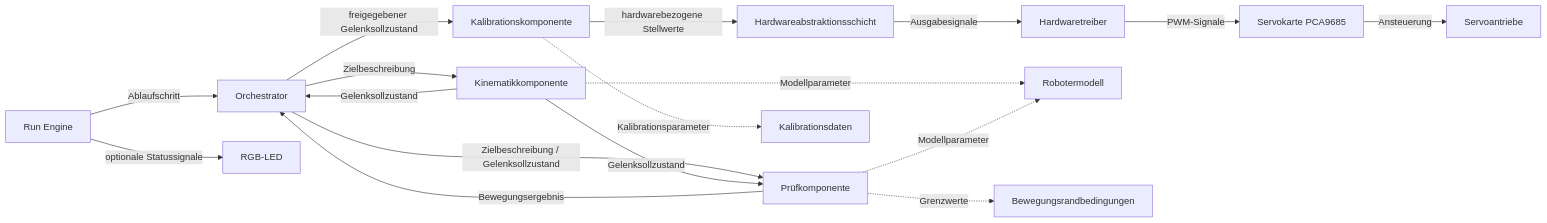
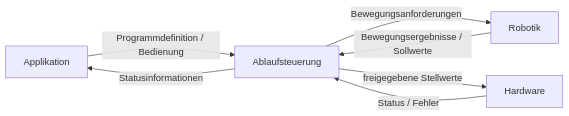
The first of 5 diagrams in doc/projektbeschreibung.md (butz1999/inverse_kinematik), drawn with Mermaid before and after one commit. The commit also changed other lines of this file, not shown here.

Commit message:
Blockschaltbild und Komponentendiagramm

````diff
--- a/doc/projektbeschreibung.md
+++ b/doc/projektbeschreibung.md
@@ -332,34 +332,14 @@
 ```mermaid
 flowchart LR
-    A[Run Engine]
-    B[Orchestrator]
-    C[Kinematikkomponente]
-    D[Prüfkomponente]
-    E[Kalibrationskomponente]
-    F[Hardwareabstraktionsschicht]
-    G[Hardwaretreiber]
-    H[Servokarte PCA9685]
-    I[Servoantriebe]
-    J[Robotermodell]
-    K[Kalibrationsdaten]
-    L[Bewegungsrandbedingungen]
-    M[RGB-LED]
+    A[Applikation]
+    B[Ablaufsteuerung]
+    C[Robotik]
+    D[Hardware]
 
-    A -->|Ablaufschritt| B
-    B -->|Zielbeschreibung| C
-    B -->|Zielbeschreibung / Gelenksollzustand| D
-    C -->|Gelenksollzustand| B
-    C -->|Gelenksollzustand| D
-    D -->|Bewegungsergebnis| B
-    B -->|freigegebener Gelenksollzustand| E
-    E -->|hardwarebezogene Stellwerte| F
-    F -->|Ausgabesignale| G
-    G -->|PWM-Signale| H
-    H -->|Ansteuerung| I
-
-    C -.->|Modellparameter| J
-    D -.->|Modellparameter| J
-    E -.->|Kalibrationsparameter| K
-    D -.->|Grenzwerte| L
-    A -->|optionale Statussignale| M
+    A -->|Programmdefinition / Bedienung| B
+    B -->|Bewegungsanforderungen| C
+    C -->|Bewegungsergebnisse / Sollwerte| B
+    B -->|freigegebene Stellwerte| D
+    D -->|Status / Fehler| B
+    B -->|Statusinformationen| A
 ```
````
